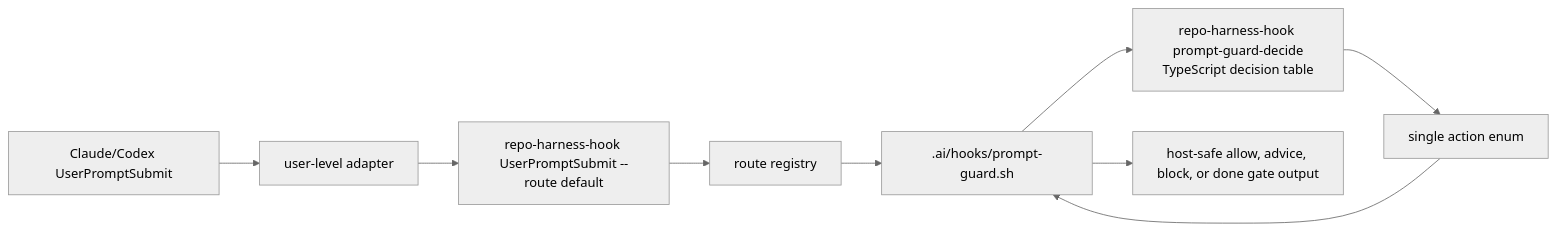
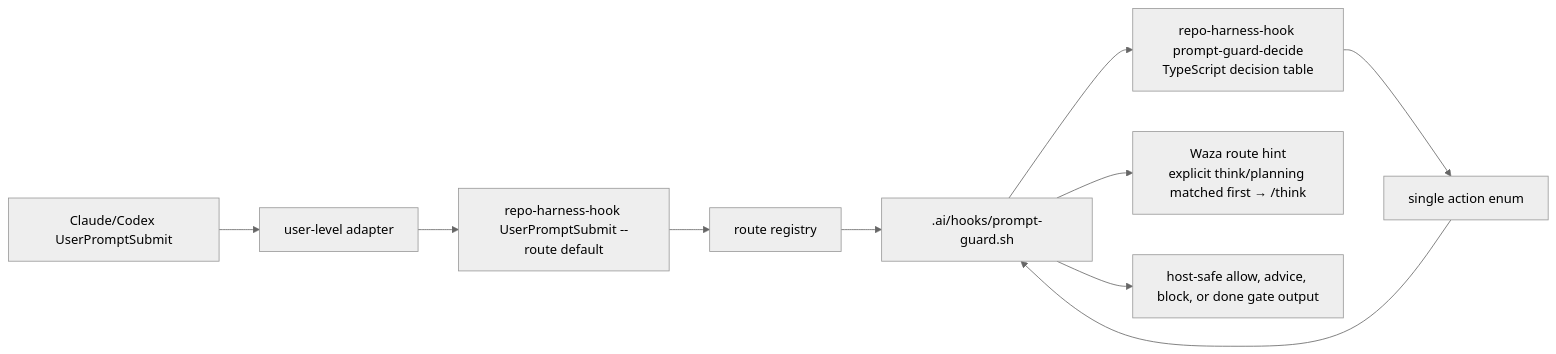
Before and after one commit to automann/local-repo-harness: the third of 3 diagrams in README.fr.md, drawn with Mermaid (neutral theme). The commit also changed other lines of this file and 3 other files, not shown here.

Commit message:
docs(readme): sync localized hook diagrams

````diff
--- a/README.fr.md
+++ b/README.fr.md
@@ -272,11 +281,12 @@
 ```mermaid
 flowchart LR
   Host["Claude/Codex UserPromptSubmit"] --> Adapter["user-level adapter"]
   Adapter --> CLI["repo-harness-hook UserPromptSubmit --route default"]
   CLI --> Route["route registry"]
   Route --> Shell[".ai/hooks/prompt-guard.sh"]
   Shell --> Decision["repo-harness-hook prompt-guard-decide<br/>TypeScript decision table"]
   Decision --> Action["single action enum"]
   Action --> Shell
+  Shell --> RouteHint["Waza route hint<br/>explicit think/planning matched first → /think"]
   Shell --> HostOutput["host-safe allow, advice, block, or done gate output"]
 ```
````
